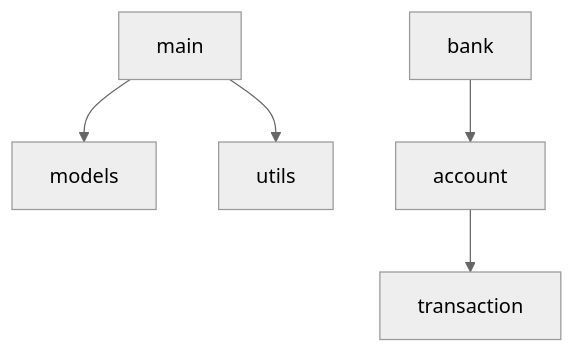
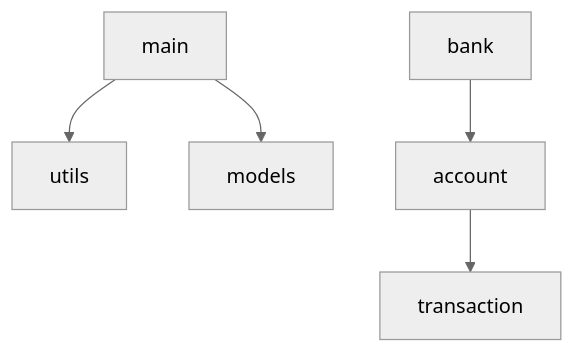
Before and after one commit to HARINI2806/AI_Code_Assistant: the diagram in backend/output/diagrams/module_dependency_graph.mmd, drawn with Mermaid (neutral theme). The commit also changed other lines of this file and 5 other files, not shown here.

```diff
--- a/backend/output/diagrams/module_dependency_graph.mmd
+++ b/backend/output/diagrams/module_dependency_graph.mmd
@@ -1,5 +1,5 @@
 graph TD
+    main --> utils
     main --> models
-    main --> utils
     account --> transaction
     bank --> account
```
